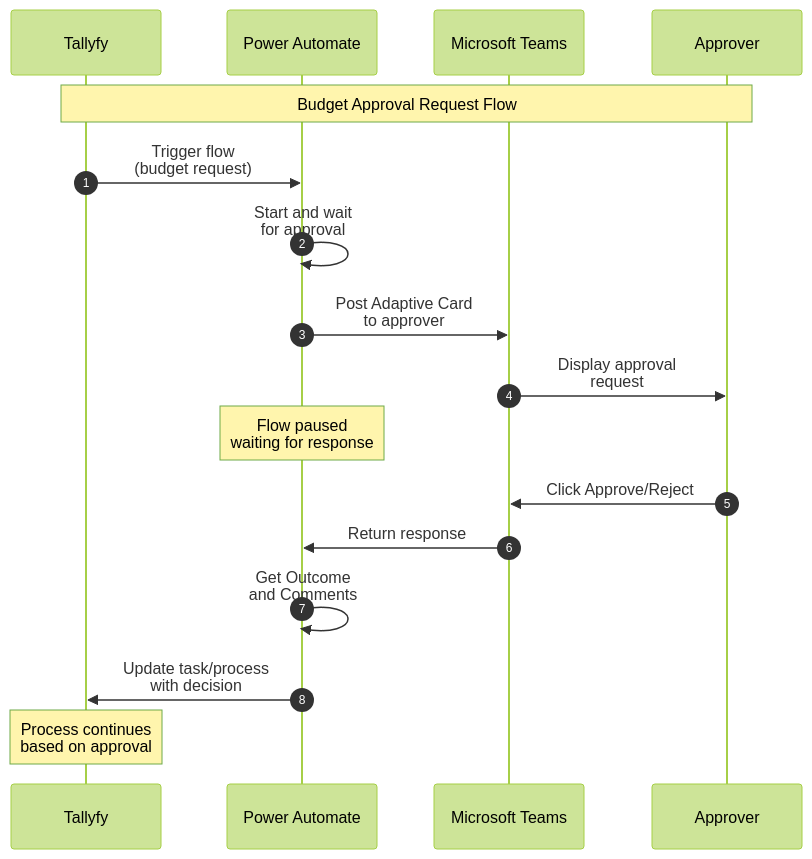
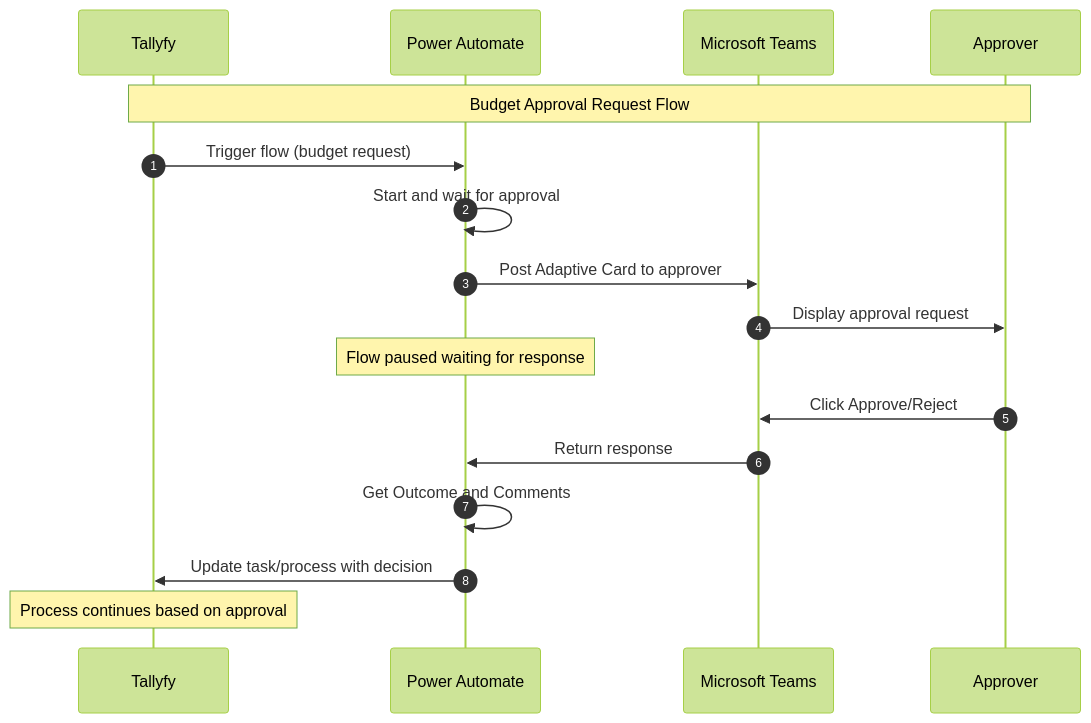
The diagram in src/content/docs/pro/integrations/middleware/power-automate/integrating-power-automate-approvals-with-microsoft-teams.mdx (tallyfy/documentation), drawn with Mermaid (forest theme) before and after one commit. The commit also changed 46 other files, not shown here.

Commit message:
Update Mermaid notation

````diff
--- a/src/content/docs/pro/integrations/middleware/power-automate/integrating-power-automate-approvals-with-microsoft-teams.mdx
+++ b/src/content/docs/pro/integrations/middleware/power-automate/integrating-power-automate-approvals-with-microsoft-teams.mdx
@@ -83,24 +83,24 @@
 ```mermaid
 sequenceDiagram
-    autonumber
-    participant T as Tallyfy
-    participant PA as Power Automate
-    participant Teams as Microsoft Teams
-    participant U as Approver
-    
-    Note over T,U: Budget Approval Request Flow
-    
-    T->>PA: Trigger flow<br/>(budget request)
-    PA->>PA: Start and wait<br/>for approval
-    PA->>Teams: Post Adaptive Card<br/>to approver
-    Teams->>U: Display approval<br/>request
-    
-    Note over PA: Flow paused<br/>waiting for response
-    
-    U->>Teams: Click Approve/Reject
-    Teams->>PA: Return response
-    PA->>PA: Get Outcome<br/>and Comments
-    PA->>T: Update task/process<br/>with decision
-    
-    Note over T: Process continues<br/>based on approval
+ autonumber
+ participant T as Tallyfy
+ participant PA as Power Automate
+ participant Teams as Microsoft Teams
+ participant U as Approver
+ 
+ Note over T,U: Budget Approval Request Flow
+ 
+ T->>PA: Trigger flow (budget request)
+ PA->>PA: Start and wait for approval
+ PA->>Teams: Post Adaptive Card to approver
+ Teams->>U: Display approval request
+ 
+ Note over PA: Flow paused waiting for response
+ 
+ U->>Teams: Click Approve/Reject
+ Teams->>PA: Return response
+ PA->>PA: Get Outcome and Comments
+ PA->>T: Update task/process with decision
+ 
+ Note over T: Process continues based on approval
 ```
````
